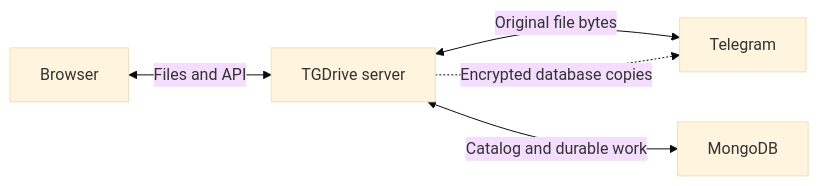
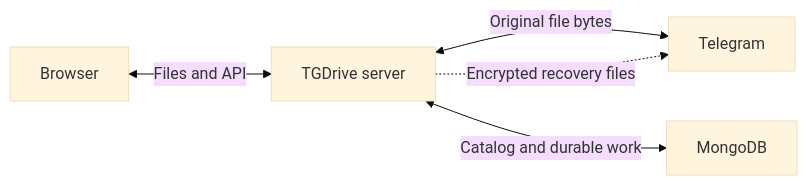
Before and after one commit to TechShreyash/TGDrive: the diagram in docs/architecture.md, drawn with Mermaid (base theme). The commit also changed other lines of this file and 85 other files, not shown here.

````diff
--- a/docs/architecture.md
+++ b/docs/architecture.md
@@ -37,7 +20,7 @@
 ```mermaid
 flowchart LR
     Browser <-->|Files and API| Server["TGDrive server"]
     Server <-->|Original file bytes| Telegram
     Server <-->|Catalog and durable work| MongoDB
-    Server -.->|Encrypted database copies| Telegram
+    Server -.->|Encrypted recovery files| Telegram
 ```
````
